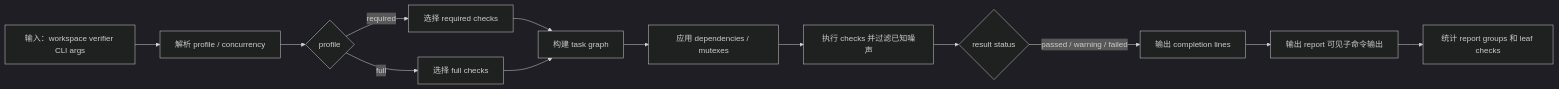
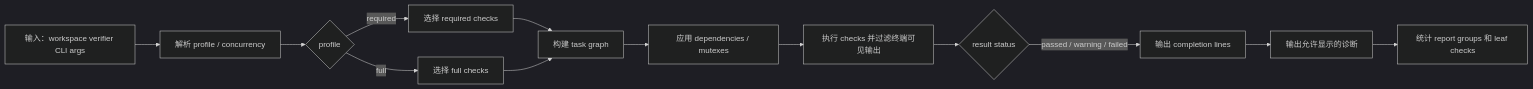
The fourth of 7 diagrams in docs/testing/cases.md (zxyycom/docnav), drawn with Mermaid (dark theme) before and after one commit. The commit also changed other lines of this file and 7 other files, not shown here.

````diff
--- a/docs/testing/cases.md
+++ b/docs/testing/cases.md
@@ -613,15 +613,15 @@
 ```mermaid
 flowchart LR
   A["输入：workspace verifier CLI args"] --> B["解析 profile / concurrency"]
   B --> C{"profile"}
   C -->|"required"| D["选择 required checks"]
   C -->|"full"| E["选择 full checks"]
   D --> F["构建 task graph"]
   E --> F
   F --> G["应用 dependencies / mutexes"]
-  G --> H["执行 checks 并过滤已知噪声"]
+  G --> H["执行 checks 并过滤终端可见输出"]
   H --> I{"result status"}
   I -->|"passed / warning / failed"| J["输出 completion lines"]
-  J --> K["输出 report 可见子命令输出"]
+  J --> K["输出允许显示的诊断"]
   K --> L["统计 report groups 和 leaf checks"]
 ```
````
